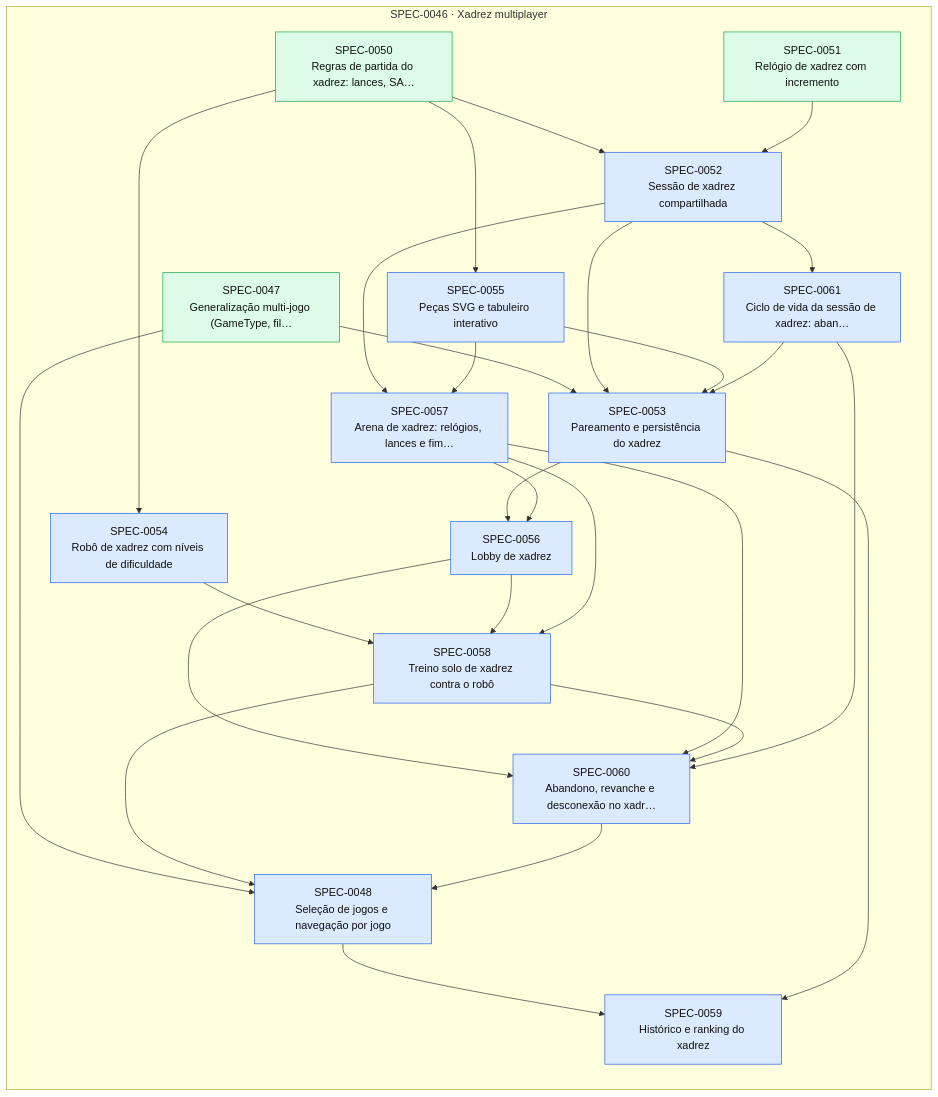
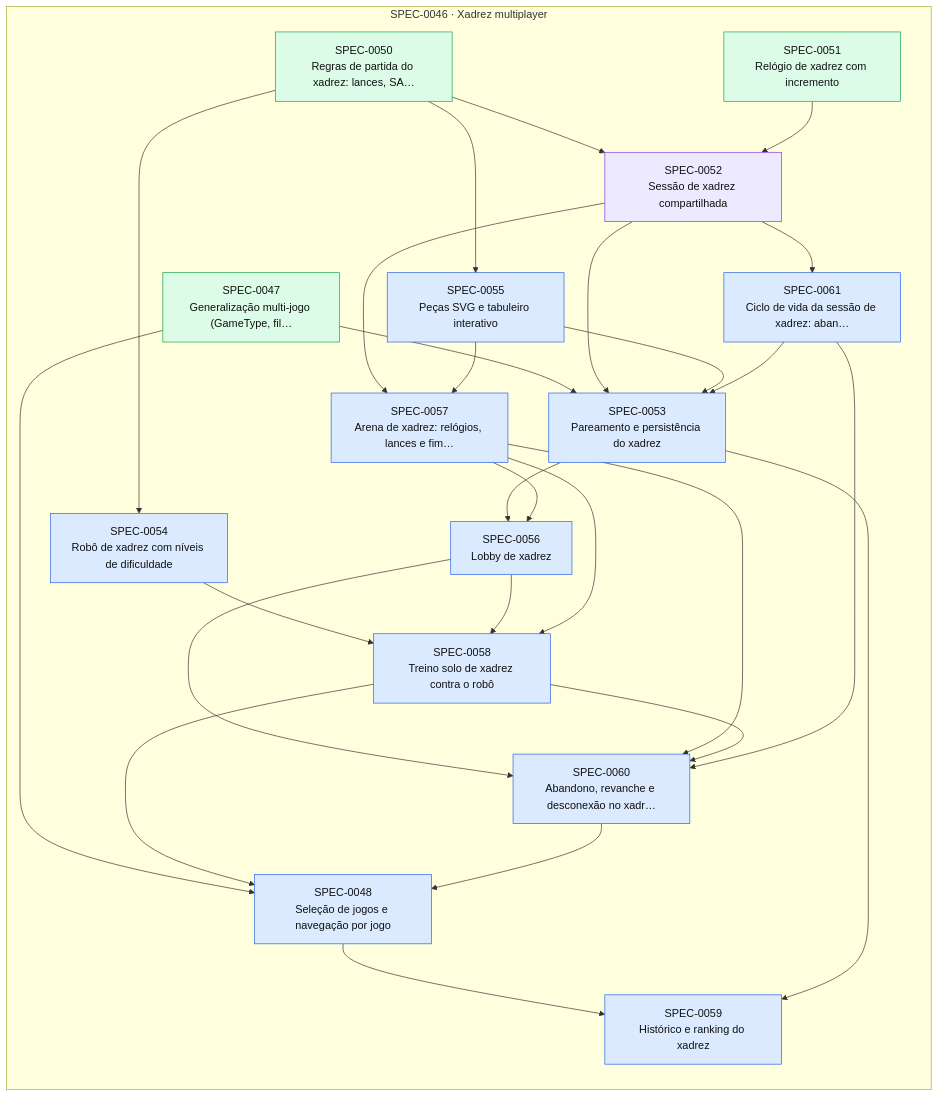
The diagram in docs/specs/INDEX.md (thomasravache/jogo-da-velha-multiplayer), drawn with Mermaid before and after one commit. The commit also changed other lines of this file and 1 other file, not shown here.

First line of the commit message:
docs(specs): registrar gates G1-G4 da SPEC-0052

````diff
--- a/docs/specs/INDEX.md
+++ b/docs/specs/INDEX.md
@@ -47,49 +47,49 @@
 ```mermaid
 flowchart LR
   subgraph E0046["SPEC-0046 · Xadrez multiplayer"]
     S0047["SPEC-0047<br/>Generalização multi-jogo (GameType, fil…"]:::implemented
     S0048["SPEC-0048<br/>Seleção de jogos e navegação por jogo"]:::approved
     S0050["SPEC-0050<br/>Regras de partida do xadrez: lances, SA…"]:::implemented
     S0051["SPEC-0051<br/>Relógio de xadrez com incremento"]:::implemented
-    S0052["SPEC-0052<br/>Sessão de xadrez compartilhada"]:::approved
+    S0052["SPEC-0052<br/>Sessão de xadrez compartilhada"]:::inprogress
     S0053["SPEC-0053<br/>Pareamento e persistência do xadrez"]:::approved
     S0054["SPEC-0054<br/>Robô de xadrez com níveis de dificuldade"]:::approved
     S0055["SPEC-0055<br/>Peças SVG e tabuleiro interativo"]:::approved
     S0056["SPEC-0056<br/>Lobby de xadrez"]:::approved
     S0057["SPEC-0057<br/>Arena de xadrez: relógios, lances e fim…"]:::approved
     S0058["SPEC-0058<br/>Treino solo de xadrez contra o robô"]:::approved
     S0059["SPEC-0059<br/>Histórico e ranking do xadrez"]:::approved
     S0060["SPEC-0060<br/>Abandono, revanche e desconexão no xadr…"]:::approved
     S0061["SPEC-0061<br/>Ciclo de vida da sessão de xadrez: aban…"]:::approved
   end
   S0047 --> S0048
   S0058 --> S0048
   S0060 --> S0048
   S0050 --> S0052
   S0051 --> S0052
   S0047 --> S0053
   S0052 --> S0053
   S0055 --> S0053
   S0061 --> S0053
   S0050 --> S0054
   S0050 --> S0055
   S0053 --> S0056
   S0057 --> S0056
   S0052 --> S0057
   S0055 --> S0057
   S0054 --> S0058
   S0056 --> S0058
   S0057 --> S0058
   S0048 --> S0059
   S0053 --> S0059
   S0056 --> S0060
   S0057 --> S0060
   S0058 --> S0060
   S0061 --> S0060
   S0052 --> S0061
   classDef proposed fill:#fef3c7,stroke:#d97706,color:#111
   classDef approved fill:#dbeafe,stroke:#2563eb,color:#111
   classDef inprogress fill:#ede9fe,stroke:#7c3aed,color:#111
   classDef implemented fill:#dcfce7,stroke:#16a34a,color:#111
   classDef deprecated fill:#f3f4f6,stroke:#9ca3af,color:#6b7280
 ```
````
